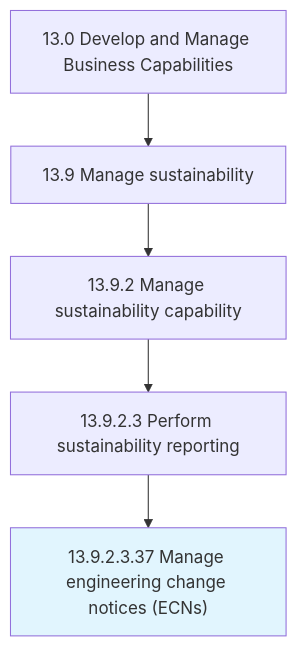
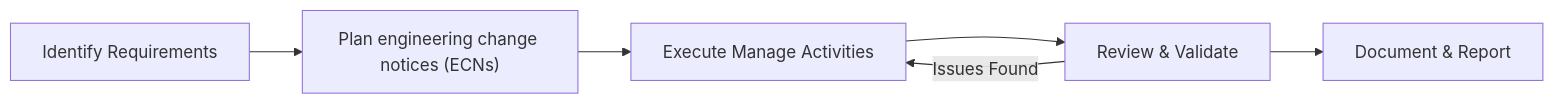
The diagram in processes/13-Capabilities/13.9-ManageSustainability/13.9.2-ManageSustainabilityCapability/13.9.2.3-PerformSustainabilityReporting/ManageEngineeringChangeNoticesECNs.mdx (kziemski/business.org.ai), drawn with Mermaid before and after one commit. The commit also changed other lines of this file and 1669 other files, not shown here.

````diff
--- a/processes/13-Capabilities/13.9-ManageSustainability/13.9.2-ManageSustainabilityCapability/13.9.2.3-PerformSustainabilityReporting/ManageEngineeringChangeNoticesECNs.mdx
+++ b/processes/13-Capabilities/13.9-ManageSustainability/13.9.2-ManageSustainabilityCapability/13.9.2.3-PerformSustainabilityReporting/ManageEngineeringChangeNoticesECNs.mdx
@@ -20,9 +11,8 @@
 ```mermaid
-graph TD
-    C13["13.0 Develop and Manage Business Capabilities"]
-    C13 --> N13_9["13.9 Manage sustainability"]
-    N13_9 --> N13_9_2["13.9.2 Manage sustainability capability"]
-    N13_9_2 --> N13_9_2_3["13.9.2.3 Perform sustainability reporting"]
-    N13_9_2_3 --> N13_9_2_3_37["13.9.2.3.37 Manage engineering change notices (ECNs)"]
-    style N13_9_2_3_37 fill:#e1f5fe
+flowchart LR
+    A["Identify Requirements"] --> B["Plan engineering change notices (ECNs)"]
+    B --> C["Execute Manage Activities"]
+    C --> D["Review & Validate"]
+    D --> E["Document & Report"]
+    D -- "Issues Found" --> C
 ```
````
